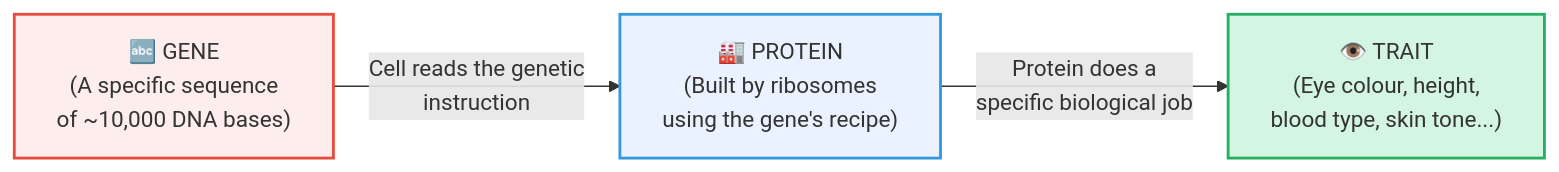
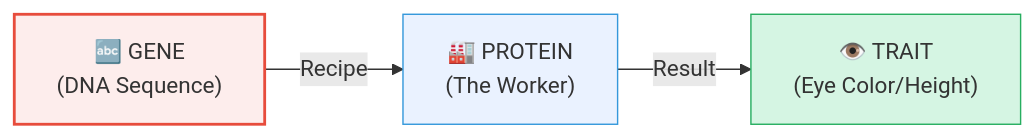
Before and after one commit to naveengarla/icse-10th-biology: the diagram in Chapter_02_Tutorial/2.4_What_Are_Genes.md, drawn with Mermaid. The commit also changed other lines of this file and 8 other files, not shown here.

````diff
--- a/Chapter_02_Tutorial/2.4_What_Are_Genes.md
+++ b/Chapter_02_Tutorial/2.4_What_Are_Genes.md
@@ -29,10 +34,10 @@
 ```mermaid
 graph LR
-    A["🔤 GENE\n(A specific sequence\nof ~10,000 DNA bases)"]
-    -->|"Cell reads the genetic\ninstruction"| B["🏭 PROTEIN\n(Built by ribosomes\nusing the gene's recipe)"]
-    -->|"Protein does a\nspecific biological job"| C["👁️ TRAIT\n(Eye colour, height,\nblood type, skin tone...)"]
-
+    A["🔤 GENE\n(DNA Sequence)"]
+    -->|"Recipe"| B["🏭 PROTEIN\n(The Worker)"]
+    -->|"Result"| C["👁️ TRAIT\n(Eye Color/Height)"]
+    
     style A fill:#fdedec,stroke:#e74c3c,stroke-width:2px
-    style B fill:#eaf2ff,stroke:#3498db,stroke-width:2px
-    style C fill:#d5f5e3,stroke:#27ae60,stroke-width:2px
+    style B fill:#eaf2ff,stroke:#3498db
+    style C fill:#d5f5e3,stroke:#27ae60
 ```
````
